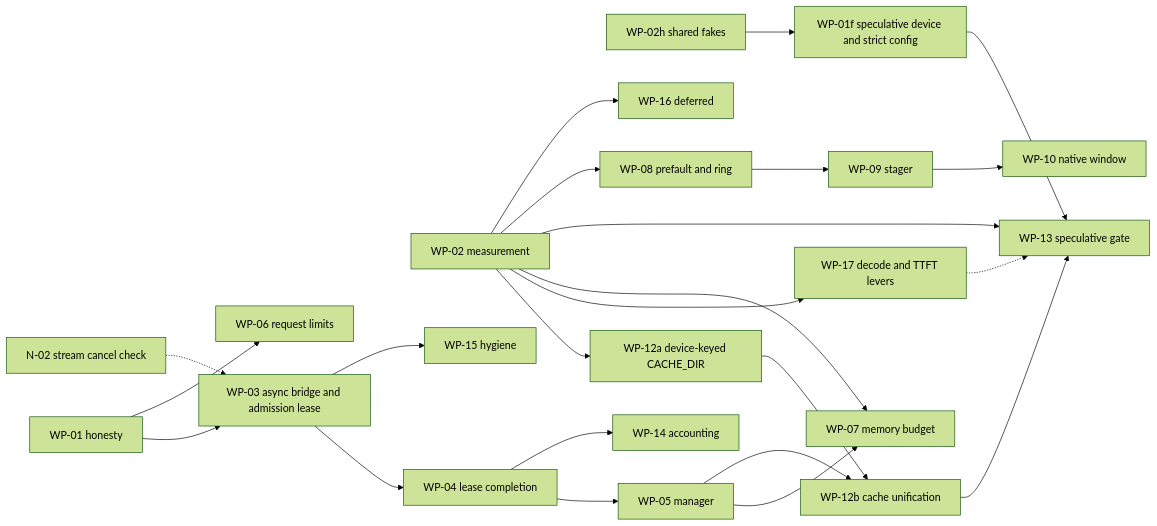
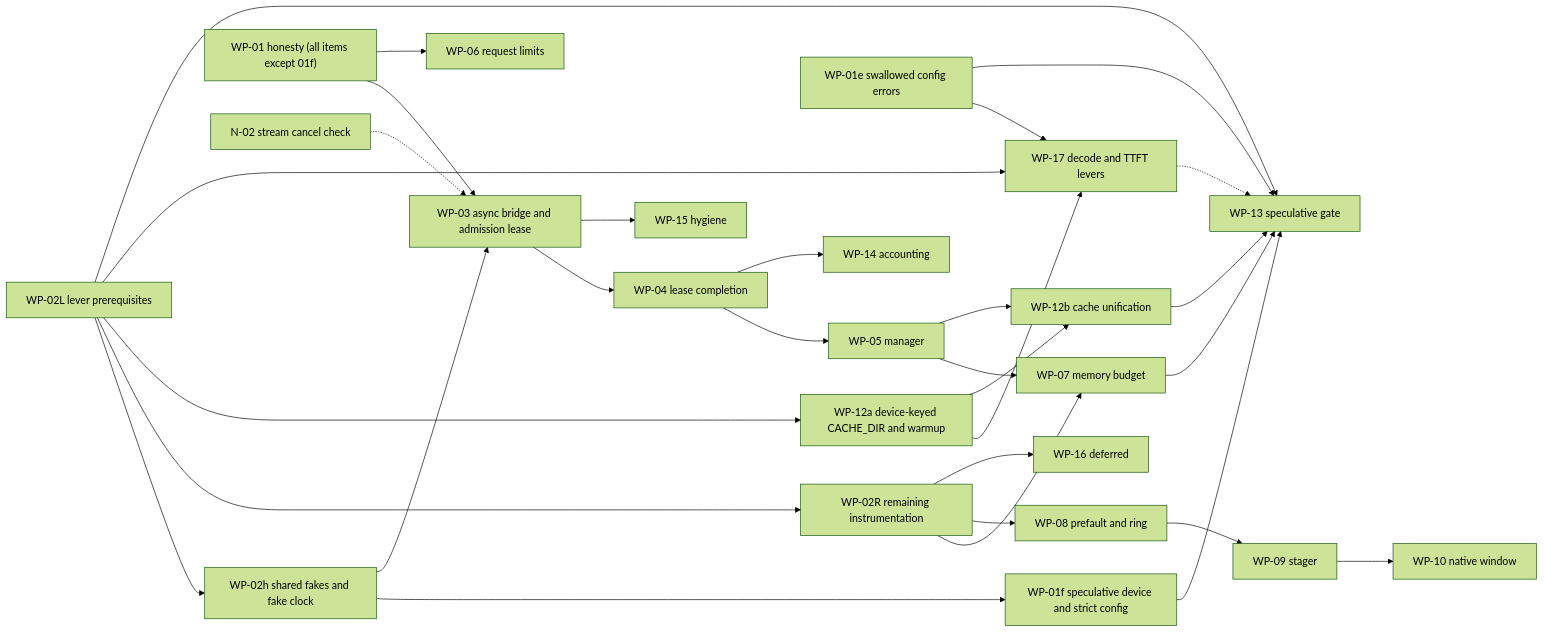
One commit to techdeveloper-org/intel-arc-models-runner changed the diagram in docs/plans/MASTER_PLAN_v4.md. Above: the diagram before and after it, drawn with Mermaid (forest theme). The commit also changed other lines of this file and 3 other files, not shown here.

````diff
--- a/docs/plans/MASTER_PLAN_v4.md
+++ b/docs/plans/MASTER_PLAN_v4.md
@@ -1359,25 +1388,32 @@
 ```mermaid
 flowchart LR
-  WP02h["WP-02h shared fakes"] --> WP01f["WP-01f speculative device and strict config"]
-  WP01["WP-01 honesty"] --> WP03["WP-03 async bridge and admission lease"]
-  WP01["WP-01 honesty"] --> WP06["WP-06 request limits"]
-  WP02["WP-02 measurement"] --> WP12a["WP-12a device-keyed CACHE_DIR"]
-  WP02["WP-02 measurement"] --> WP17["WP-17 decode and TTFT levers"]
-  WP02["WP-02 measurement"] --> WP07["WP-07 memory budget"]
+  WP02L["WP-02L lever prerequisites"] --> WP02h["WP-02h shared fakes and fake clock"]
+  WP02L --> WP02R["WP-02R remaining instrumentation"]
+  WP02h --> WP01f["WP-01f speculative device and strict config"]
+  WP02h --> WP03["WP-03 async bridge and admission lease"]
+  WP01["WP-01 honesty (all items except 01f)"] --> WP03
+  WP01 --> WP06["WP-06 request limits"]
+  WP01e["WP-01e swallowed config errors"] --> WP17
+  WP01e --> WP13
+  WP02L --> WP12a["WP-12a device-keyed CACHE_DIR and warmup"]
+  WP02L --> WP17["WP-17 decode and TTFT levers"]
+  WP12a --> WP17
+  WP02R --> WP07["WP-07 memory budget"]
   N02["N-02 stream cancel check"] -.-> WP03
   WP03 --> WP04["WP-04 lease completion"]
   WP04 --> WP05["WP-05 manager"]
   WP05 --> WP07
   WP04 --> WP14["WP-14 accounting"]
   WP05 --> WP12b["WP-12b cache unification"]
   WP12a --> WP12b
   WP12b --> WP13["WP-13 speculative gate"]
+  WP07 --> WP13
   WP01f --> WP13
-  WP02 --> WP13
+  WP02L --> WP13
   WP17 -.-> WP13
   WP03 --> WP15["WP-15 hygiene"]
-  WP02 --> WP08["WP-08 prefault and ring"]
+  WP02R --> WP08["WP-08 prefault and ring"]
   WP08 --> WP09["WP-09 stager"]
   WP09 --> WP10["WP-10 native window"]
-  WP02 --> WP16["WP-16 deferred"]
+  WP02R --> WP16["WP-16 deferred"]
 ```
````
